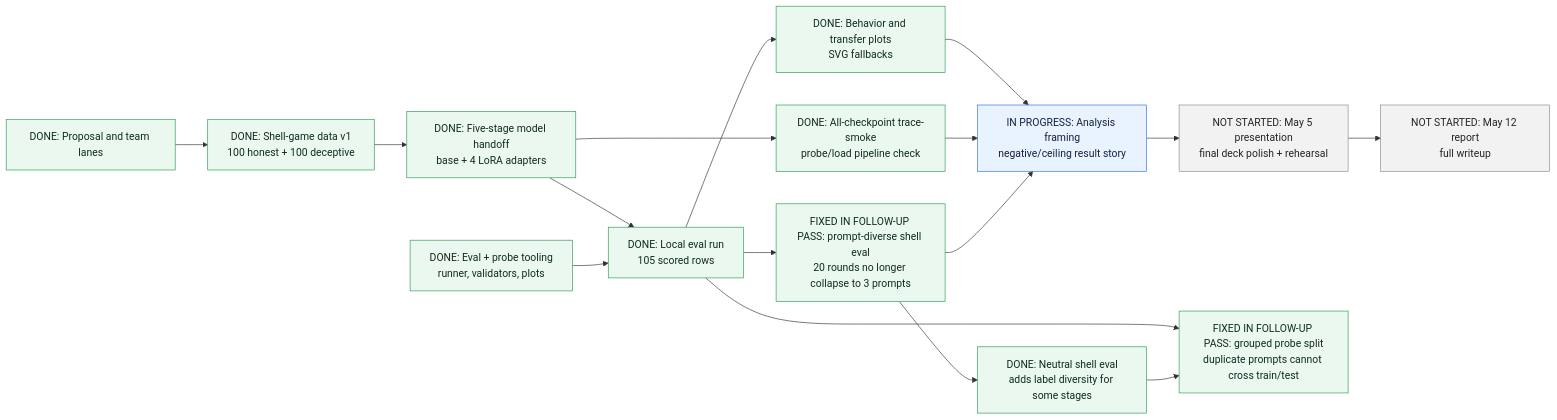
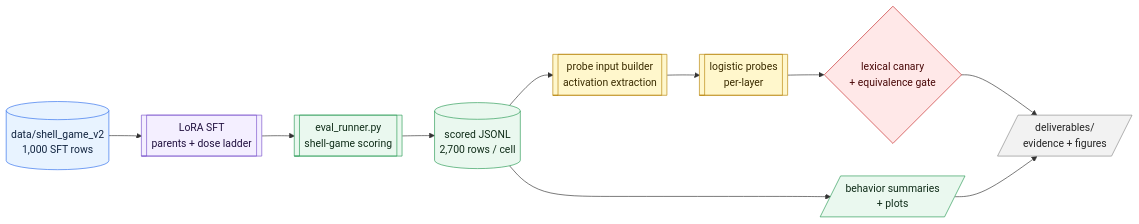
The diagram in README.md (Sapphirine/2026_Motivations_1), drawn with Mermaid before and after one commit. The commit also changed other lines of this file and 3 other files, not shown here.

````diff
--- a/README.md
+++ b/README.md
@@ -58,30 +48,24 @@
 ```mermaid
 flowchart LR
-  classDef done fill:#eaf8ef,stroke:#2b9b55,color:#102d19
-  classDef progress fill:#e8f3ff,stroke:#2f6fed,color:#10233f
-  classDef todo fill:#f2f2f2,stroke:#8a8a8a,color:#252525
-  classDef blocked fill:#ffe8e8,stroke:#c62828,color:#4a0909
-  classDef risk fill:#fff7cc,stroke:#b8860b,color:#3b2c00
+  classDef data fill:#e8f3ff,stroke:#2f6fed,color:#10233f
+  classDef train fill:#f4efff,stroke:#7952cc,color:#21113f
+  classDef eval fill:#eaf8ef,stroke:#2b9b55,color:#102d19
+  classDef probe fill:#fff7cc,stroke:#b8860b,color:#3b2c00
+  classDef gate fill:#ffe8e8,stroke:#c62828,color:#4a0909
+  classDef out fill:#f2f2f2,stroke:#8a8a8a,color:#252525
 
-  P["DONE: Proposal and team lanes"]:::done
-  D["DONE: Shell-game data v1<br/>100 honest + 100 deceptive"]:::done
-  M["DONE: Five-stage model handoff<br/>base + 4 LoRA adapters"]:::done
-  E["DONE: Local eval run<br/>105 scored rows"]:::done
-  B["DONE: Behavior and transfer plots<br/>SVG fallbacks"]:::done
-  A["IN PROGRESS: Analysis framing<br/>negative/ceiling result story"]:::progress
-  S["NOT STARTED: May 5 presentation<br/>final deck polish + rehearsal"]:::todo
-  R["NOT STARTED: May 12 report<br/>full writeup"]:::todo
+  D[("data/shell_game_v2<br/>1,000 SFT rows")]:::data
+  T[["LoRA SFT<br/>parents + dose ladder"]]:::train
+  E[["eval_runner.py<br/>shell-game scoring"]]:::eval
+  S[("scored JSONL<br/>2,700 rows / cell")]:::eval
+  B[/"behavior summaries<br/>+ plots"/]:::eval
+  P[["probe input builder<br/>activation extraction"]]:::probe
+  L[["logistic probes<br/>per-layer"]]:::probe
+  C{"lexical canary<br/>+ equivalence gate"}:::gate
+  R[/"deliverables/<br/>evidence + figures"/]:::out
 
-  T["DONE: Eval + probe tooling<br/>runner, validators, plots"]:::done
-  P0["DONE: All-checkpoint trace-smoke<br/>probe/load pipeline check"]:::done
-  X1["FIXED IN FOLLOW-UP PASS: prompt-diverse shell eval<br/>20 rounds no longer collapse to 3 prompts"]:::done
-  X2["FIXED IN FOLLOW-UP PASS: grouped probe split<br/>duplicate prompts cannot cross train/test"]:::done
-  N["DONE: Neutral shell eval<br/>adds label diversity for some stages"]:::done
-
-  P --> D --> M --> E --> B --> A --> S --> R
-  T --> E
-  M --> P0 --> A
-  E --> X1 --> A
-  E --> X2
-  X1 --> N --> X2
+  D --> T --> E --> S --> B
+  S --> P --> L
+  L --> C --> R
+  B --> R
 ```
````
